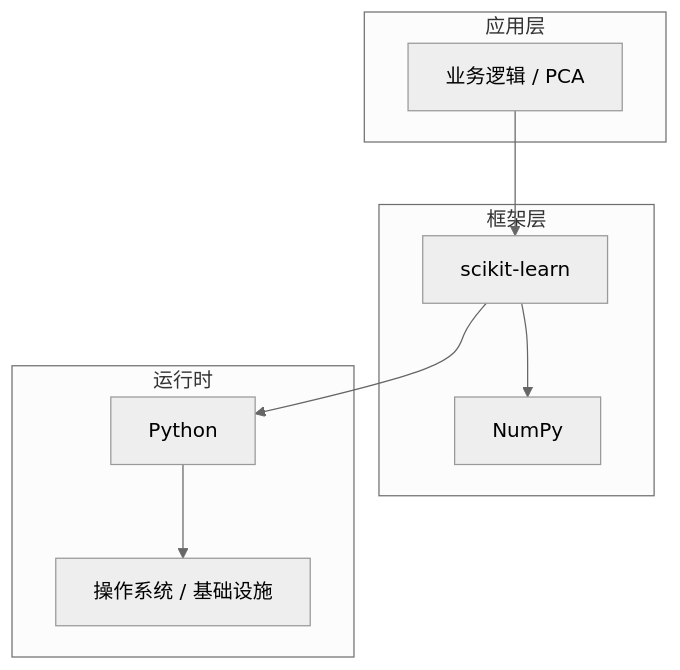
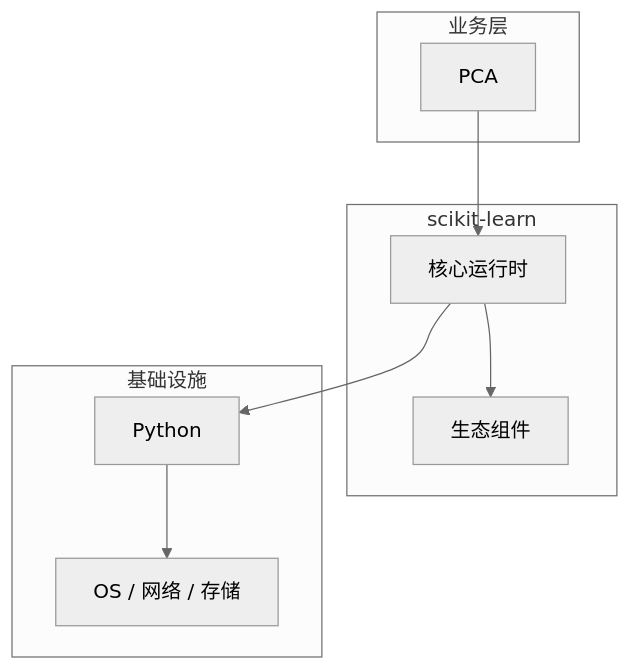
The diagram in articles/机器学习/chapters/085-PCA核心概念与原理.md (yanggan2015/knowledge-json-v2), drawn with Mermaid (neutral theme) before and after one commit. The commit also changed other lines of this file and 10127 other files, not shown here.

````diff
--- a/articles/机器学习/chapters/085-PCA核心概念与原理.md
+++ b/articles/机器学习/chapters/085-PCA核心概念与原理.md
@@ -45,18 +30,18 @@
 ```mermaid
 graph TB
-    subgraph 应用层
-        A[业务逻辑 / PCA]
+    subgraph 业务层
+        A[PCA]
     end
-    subgraph 框架层
-        B[scikit-learn]
-        C[NumPy]
+    subgraph scikit-learn
+        B[核心运行时]
+        C[生态组件]
     end
-    subgraph 运行时
+    subgraph 基础设施
         D[Python]
-        E[操作系统 / 基础设施]
+        E[OS / 网络 / 存储]
     end
     A --> B
     B --> C
     B --> D
     D --> E
 ```
````
